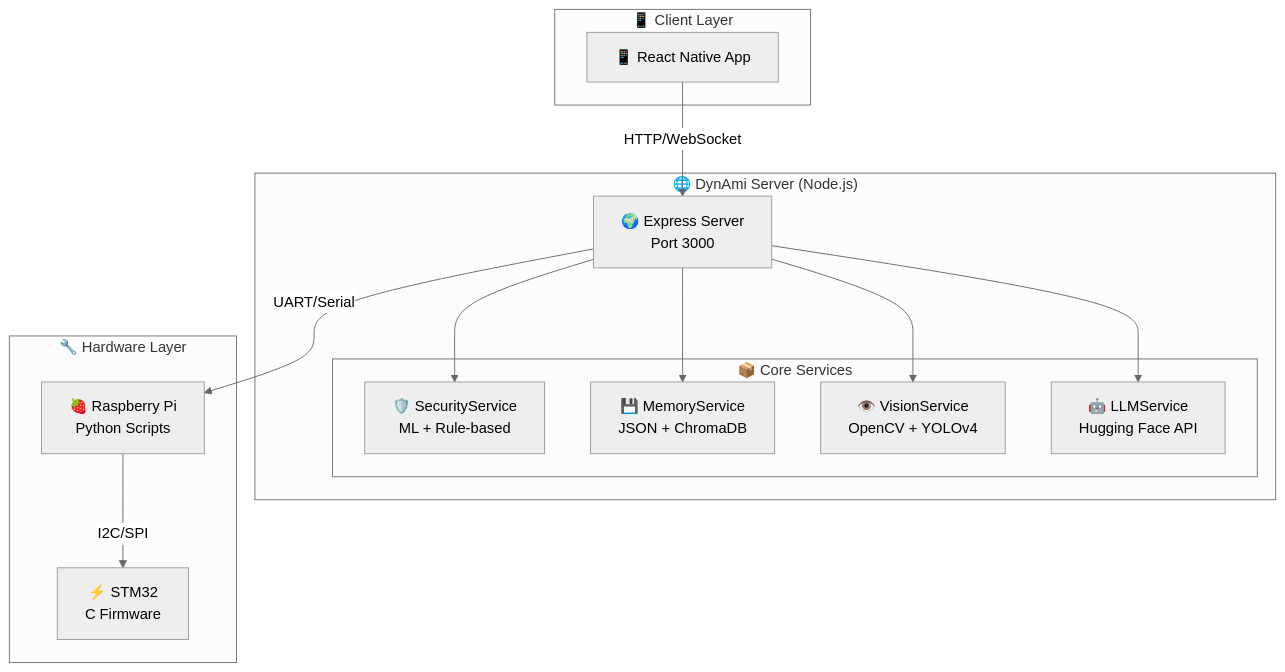
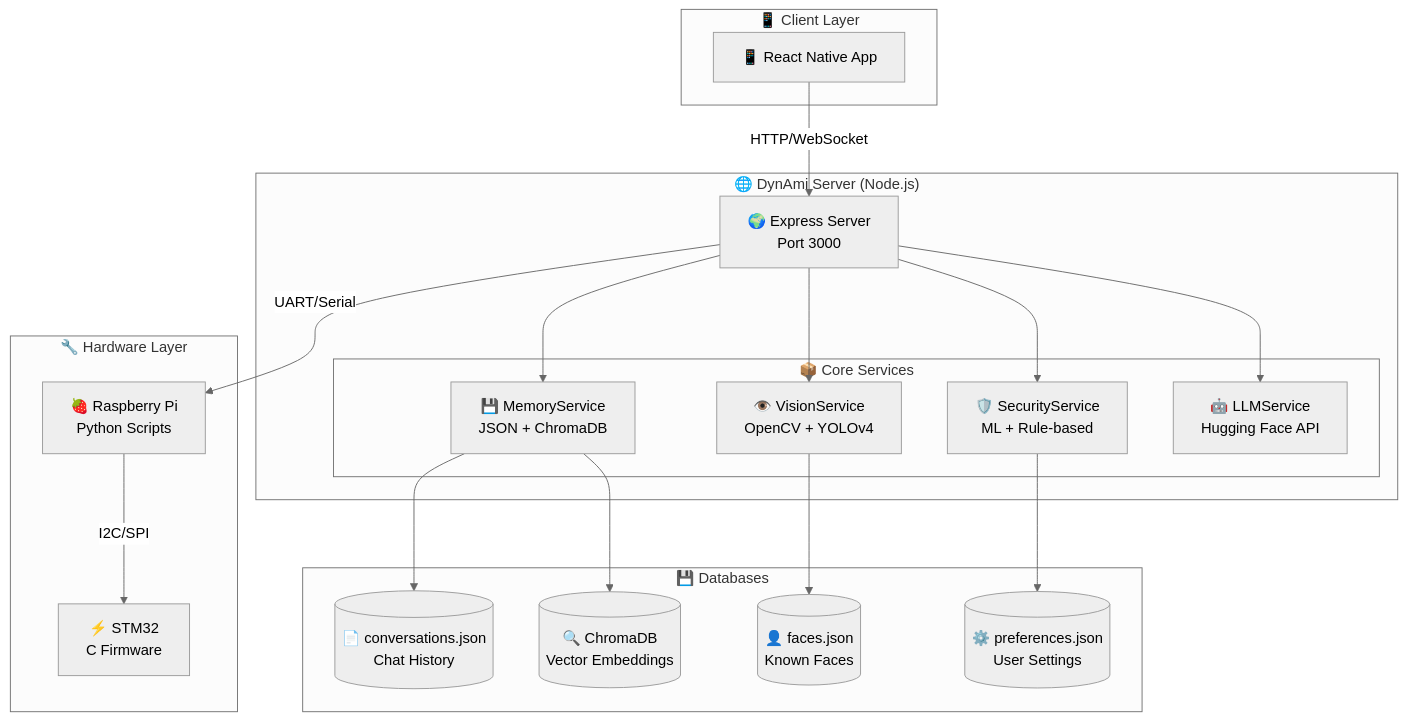
The first of 3 diagrams in ARCHITECTURE.md (Teay2026/Robot-Companion-Dynami), drawn with Mermaid (neutral theme) before and after one commit. The commit also changed other lines of this file, not shown here.

````diff
--- a/ARCHITECTURE.md
+++ b/ARCHITECTURE.md
@@ -9,30 +9,43 @@
 ```mermaid
 graph TB
     subgraph "🌐 DynAmi Server (Node.js)"
         HTTP[🌍 Express Server<br/>Port 3000]
 
         subgraph "📦 Core Services"
             SEC[🛡️ SecurityService<br/>ML + Rule-based]
             MEM[💾 MemoryService<br/>JSON + ChromaDB]
             VIS[👁️ VisionService<br/>OpenCV + YOLOv4]
             LLM[🤖 LLMService<br/>Hugging Face API]
         end
     end
 
     subgraph "📱 Client Layer"
         APP[📱 React Native App]
     end
 
     subgraph "🔧 Hardware Layer"
         RPI[🍓 Raspberry Pi<br/>Python Scripts]
         STM[⚡ STM32<br/>C Firmware]
     end
 
+    subgraph "💾 Databases"
+        JSON[(📄 conversations.json<br/>Chat History)]
+        CHROMA[(🔍 ChromaDB<br/>Vector Embeddings)]
+        FACES[(👤 faces.json<br/>Known Faces)]
+        PREFS[(⚙️ preferences.json<br/>User Settings)]
+    end
+
     APP -->|HTTP/WebSocket| HTTP
     HTTP --> SEC
     HTTP --> MEM
     HTTP --> VIS
     HTTP --> LLM
+
+    MEM --> JSON
+    MEM --> CHROMA
+    VIS --> FACES
+    SEC --> PREFS
+
     HTTP -->|UART/Serial| RPI
     RPI -->|I2C/SPI| STM
 ```
````
